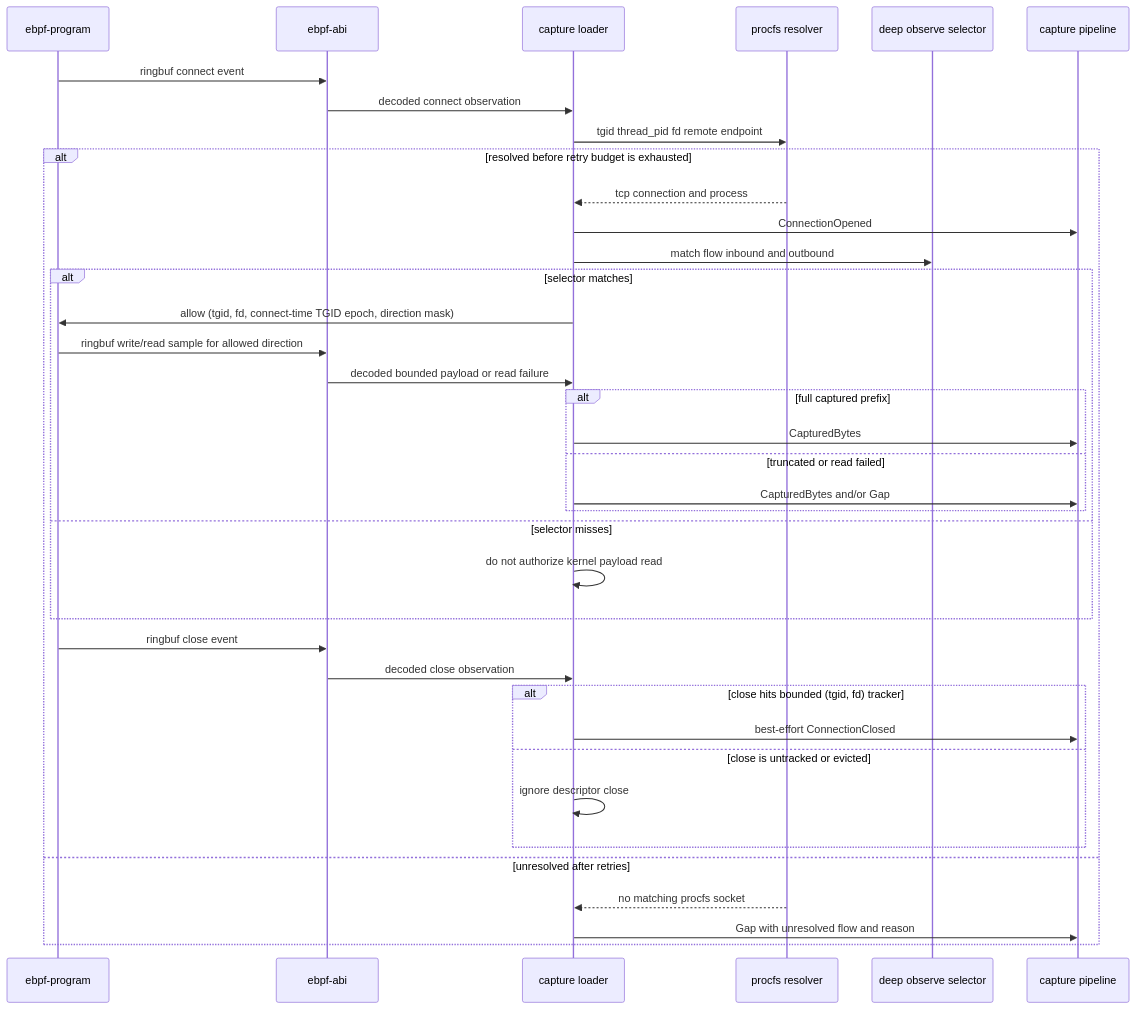
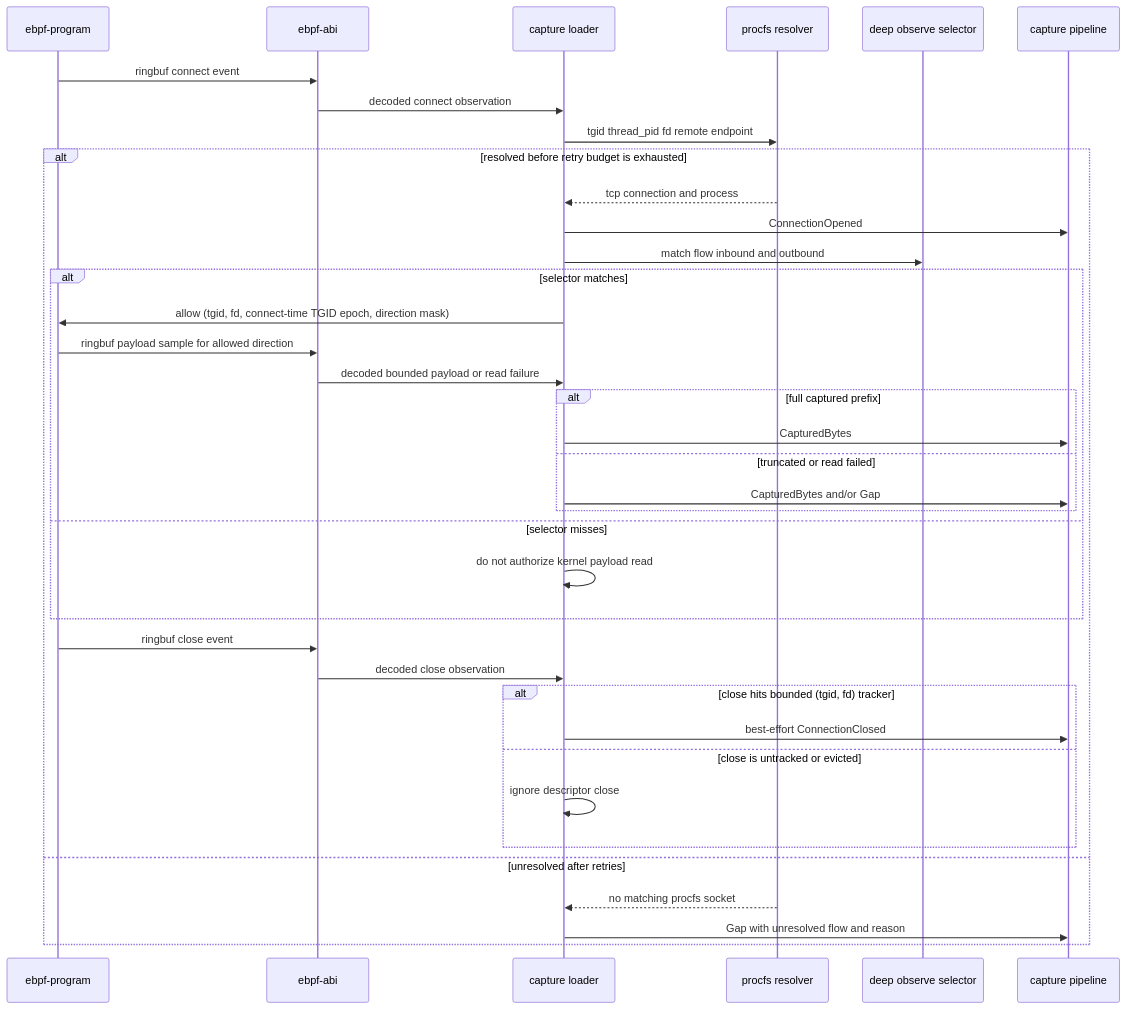
Before and after one commit to M4n5ter/probe: the third of 7 diagrams in docs/design.md, drawn with Mermaid. The commit also changed other lines of this file and 14 other files, not shown here.

````diff
--- a/docs/design.md
+++ b/docs/design.md
@@ -304,40 +304,40 @@
 ```mermaid
 sequenceDiagram
     participant Program as ebpf-program
     participant Abi as ebpf-abi
     participant Loader as capture loader
     participant Resolver as procfs resolver
     participant Selector as deep observe selector
     participant Pipeline as capture pipeline
 
     Program->>Abi: ringbuf connect event
     Abi->>Loader: decoded connect observation
     Loader->>Resolver: tgid thread_pid fd remote endpoint
     alt resolved before retry budget is exhausted
         Resolver-->>Loader: tcp connection and process
         Loader->>Pipeline: ConnectionOpened
         Loader->>Selector: match flow inbound and outbound
         alt selector matches
             Loader->>Program: allow (tgid, fd, connect-time TGID epoch, direction mask)
-            Program->>Abi: ringbuf write/read sample for allowed direction
+            Program->>Abi: ringbuf payload sample for allowed direction
             Abi->>Loader: decoded bounded payload or read failure
             alt full captured prefix
                 Loader->>Pipeline: CapturedBytes
             else truncated or read failed
                 Loader->>Pipeline: CapturedBytes and/or Gap
             end
         else selector misses
             Loader->>Loader: do not authorize kernel payload read
         end
         Program->>Abi: ringbuf close event
         Abi->>Loader: decoded close observation
         alt close hits bounded (tgid, fd) tracker
             Loader->>Pipeline: best-effort ConnectionClosed
         else close is untracked or evicted
             Loader->>Loader: ignore descriptor close
         end
     else unresolved after retries
         Resolver-->>Loader: no matching procfs socket
         Loader->>Pipeline: Gap with unresolved flow and reason
     end
 ```
````
